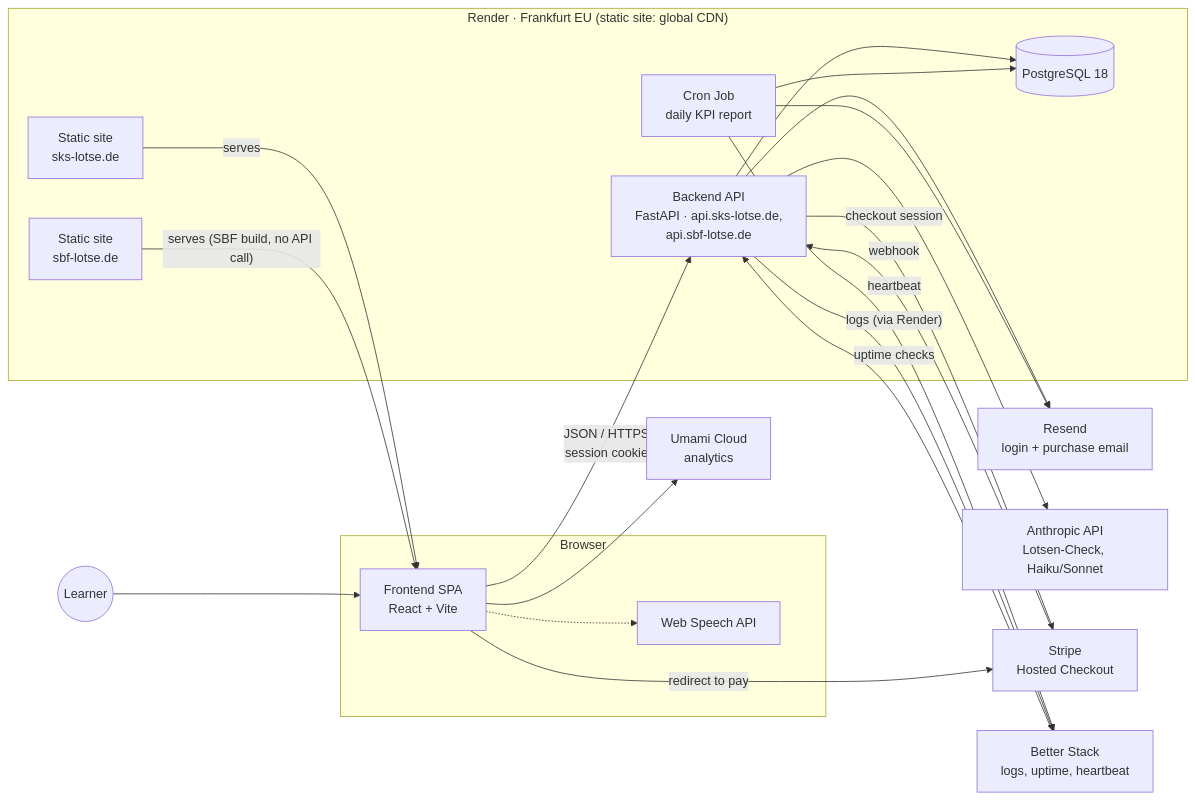
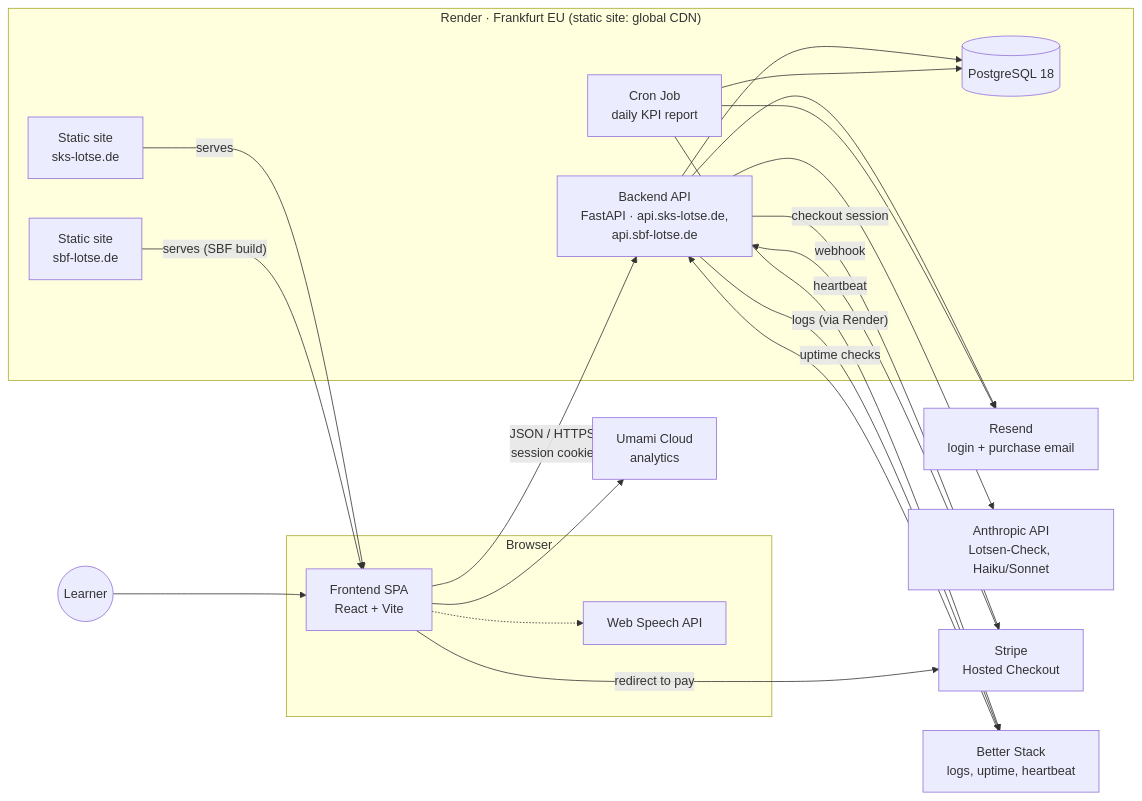
Before and after one commit to berndloeffeld/sks-lotse: the first of 3 diagrams in docs/ARCHITECTURE.md, drawn with Mermaid. The commit also changed other lines of this file and 192 other files, not shown here.

````diff
--- a/docs/ARCHITECTURE.md
+++ b/docs/ARCHITECTURE.md
@@ -27,41 +27,41 @@
 ```mermaid
 graph LR
     Learner((Learner))
 
     subgraph Browser
         SPA[Frontend SPA<br/>React + Vite]
         STT[Web Speech API]
     end
 
     subgraph "Render · Frankfurt EU (static site: global CDN)"
         Static[Static site<br/>sks-lotse.de]
         StaticSbf[Static site<br/>sbf-lotse.de]
         API[Backend API<br/>FastAPI · api.sks-lotse.de,<br/>api.sbf-lotse.de]
         DB[(PostgreSQL 18)]
         Cron[Cron Job<br/>daily KPI report]
     end
 
     Resend[Resend<br/>login + purchase email]
     Umami[Umami Cloud<br/>analytics]
     Anthropic[Anthropic API<br/>Lotsen-Check, Haiku/Sonnet]
     Stripe[Stripe<br/>Hosted Checkout]
     BetterStack[Better Stack<br/>logs, uptime, heartbeat]
 
     Learner --> SPA
     Static -- serves --> SPA
-    StaticSbf -- "serves (SBF build, no API call)" --> SPA
+    StaticSbf -- "serves (SBF build)" --> SPA
     SPA -- "JSON / HTTPS<br/>session cookie" --> API
     API --> DB
     API --> Resend
     SPA --> Umami
     API --> Anthropic
     SPA -- "redirect to pay" --> Stripe
     API -- "checkout session" --> Stripe
     Stripe -- webhook --> API
     Cron --> DB
     Cron --> Resend
     Cron -- heartbeat --> BetterStack
     API -- "logs (via Render)" --> BetterStack
     BetterStack -- "uptime checks" --> API
     SPA -.-> STT
 ```
````
